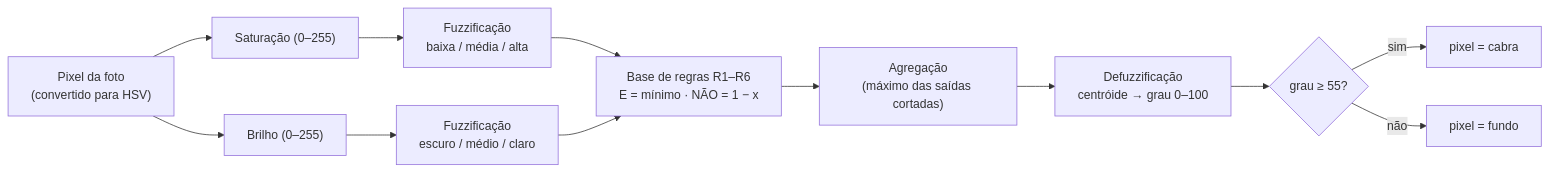
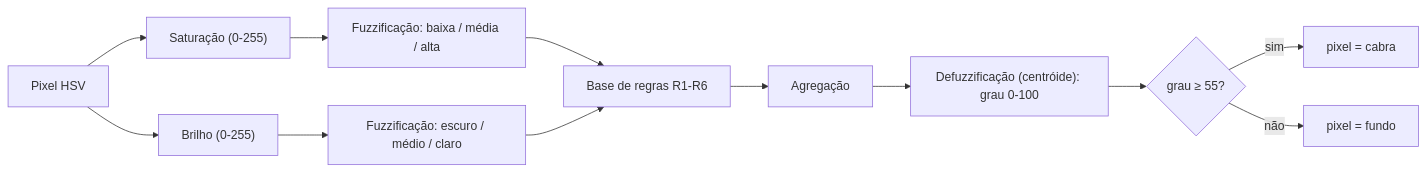
One commit to alaanvv/goat changed the diagram in README.md. Above: the diagram before and after it, drawn with Mermaid. The commit also changed other lines of this file and 1 other file, not shown here.

````diff
--- a/README.md
+++ b/README.md
@@ -68,14 +57,14 @@
 ```mermaid
 flowchart LR
-    P["Pixel da foto<br/>(convertido para HSV)"] --> S["Saturação (0–255)"]
-    P --> V["Brilho (0–255)"]
-    S --> F1["Fuzzificação<br/>baixa / média / alta"]
-    V --> F2["Fuzzificação<br/>escuro / médio / claro"]
-    F1 --> R["Base de regras R1–R6<br/>E = mínimo · NÃO = 1 − x"]
+    P["Pixel HSV"] --> S["Saturação (0-255)"]
+    P --> V["Brilho (0-255)"]
+    S --> F1["Fuzzificação: baixa / média / alta"]
+    V --> F2["Fuzzificação: escuro / médio / claro"]
+    F1 --> R["Base de regras R1-R6"]
     F2 --> R
-    R --> A["Agregação<br/>(máximo das saídas cortadas)"]
-    A --> D["Defuzzificação<br/>centróide → grau 0–100"]
+    R --> A["Agregação"]
+    A --> D["Defuzzificação (centróide): grau 0-100"]
     D --> C{"grau ≥ 55?"}
     C -->|sim| Y["pixel = cabra"]
     C -->|não| N["pixel = fundo"]
 ```
````
